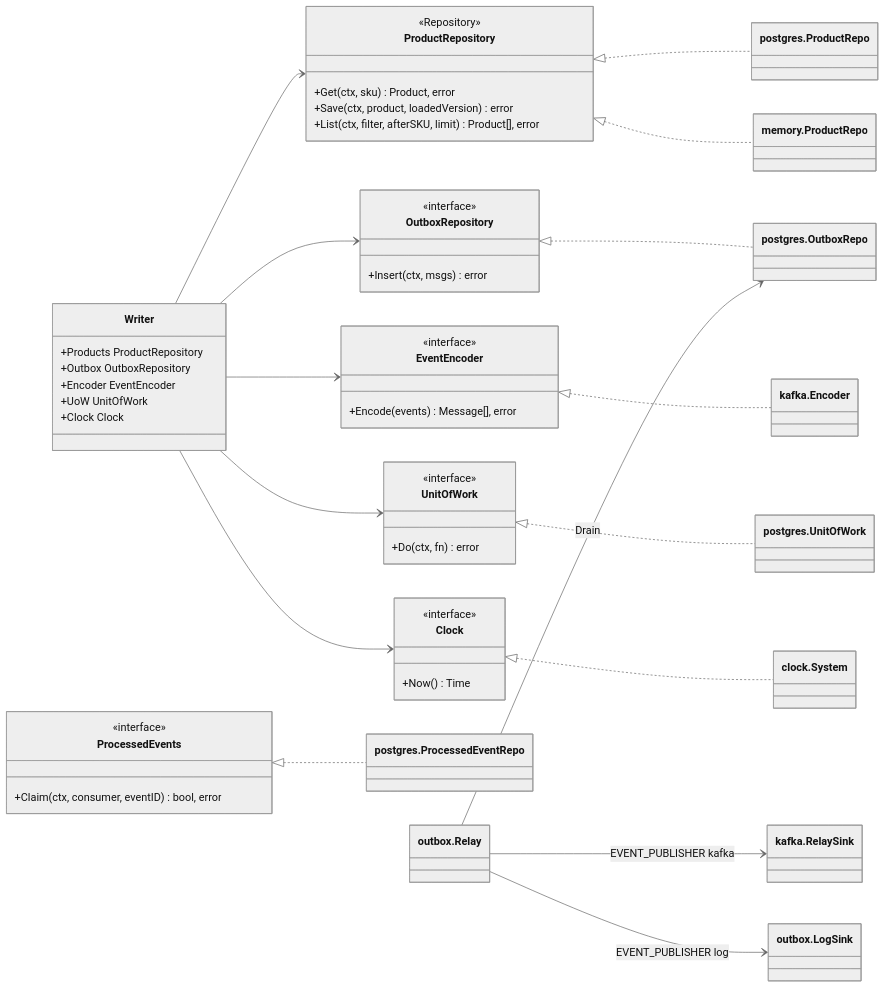
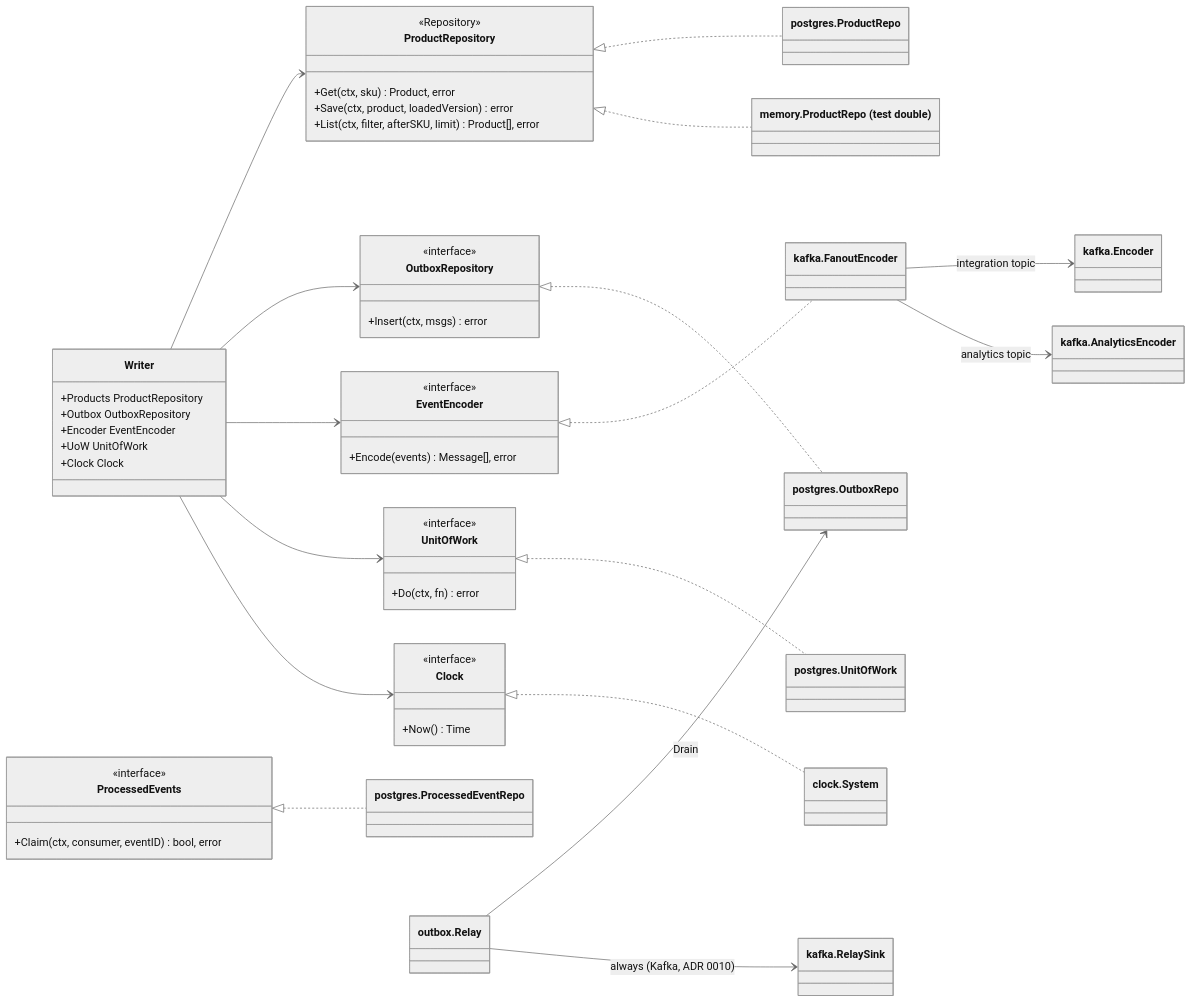
One commit to IQVO/warehouse-docs changed the third of 4 diagrams in docs/contexts/product-master/class-diagram.md. Above: the diagram before and after it, drawn with Mermaid (neutral theme). The commit also changed other lines of this file and 237 other files, not shown here.

````diff
--- a/docs/contexts/product-master/class-diagram.md
+++ b/docs/contexts/product-master/class-diagram.md
@@ -195,63 +263,65 @@
 ```mermaid
 classDiagram
   direction LR
   class ProductRepository {
     <<Repository>>
     +Get(ctx, sku) Product, error
     +Save(ctx, product, loadedVersion) error
     +List(ctx, filter, afterSKU, limit) Product[], error
   }
   class OutboxRepository {
     <<interface>>
     +Insert(ctx, msgs) error
   }
   class EventEncoder {
     <<interface>>
     +Encode(events) Message[], error
   }
   class ProcessedEvents {
     <<interface>>
     +Claim(ctx, consumer, eventID) bool, error
   }
   class UnitOfWork {
     <<interface>>
     +Do(ctx, fn) error
   }
   class Clock {
     <<interface>>
     +Now() Time
   }
   class Writer {
     +Products ProductRepository
     +Outbox OutboxRepository
     +Encoder EventEncoder
     +UoW UnitOfWork
     +Clock Clock
   }
   class PgProductRepo["postgres.ProductRepo"]
   class PgOutboxRepo["postgres.OutboxRepo"]
   class PgProcessed["postgres.ProcessedEventRepo"]
   class PgUoW["postgres.UnitOfWork"]
-  class MemProductRepo["memory.ProductRepo"]
+  class MemProductRepo["memory.ProductRepo (test double)"]
+  class FanoutEncoder["kafka.FanoutEncoder"]
   class KafkaEncoder["kafka.Encoder"]
+  class AnalyticsEncoder["kafka.AnalyticsEncoder"]
   class SystemClock["clock.System"]
   class Relay["outbox.Relay"]
   class RelaySink["kafka.RelaySink"]
-  class LogSink["outbox.LogSink"]
 
   Writer --> ProductRepository
   Writer --> OutboxRepository
   Writer --> EventEncoder
   Writer --> UnitOfWork
   Writer --> Clock
   ProductRepository <|.. PgProductRepo
   ProductRepository <|.. MemProductRepo
   OutboxRepository <|.. PgOutboxRepo
   ProcessedEvents <|.. PgProcessed
   UnitOfWork <|.. PgUoW
-  EventEncoder <|.. KafkaEncoder
+  EventEncoder <|.. FanoutEncoder
+  FanoutEncoder --> KafkaEncoder : integration topic
+  FanoutEncoder --> AnalyticsEncoder : analytics topic
   Clock <|.. SystemClock
   Relay --> PgOutboxRepo : Drain
-  Relay --> RelaySink : EVENT_PUBLISHER kafka
-  Relay --> LogSink : EVENT_PUBLISHER log
+  Relay --> RelaySink : always (Kafka, ADR 0010)
 ```
````
